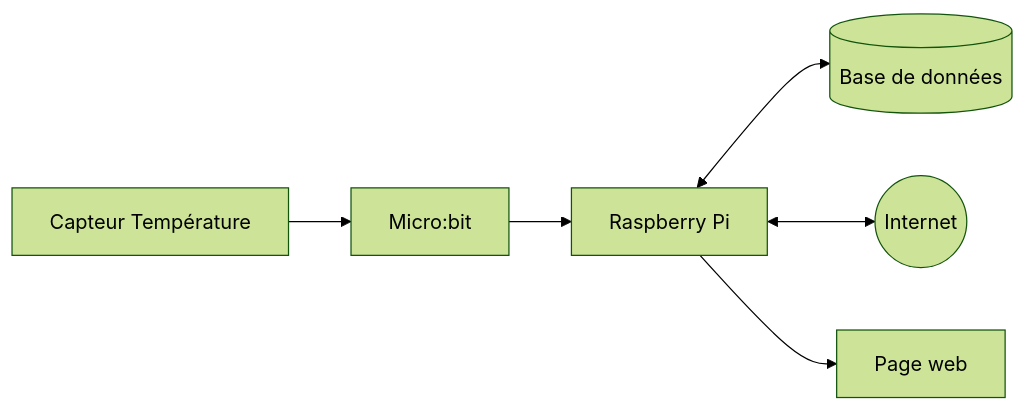
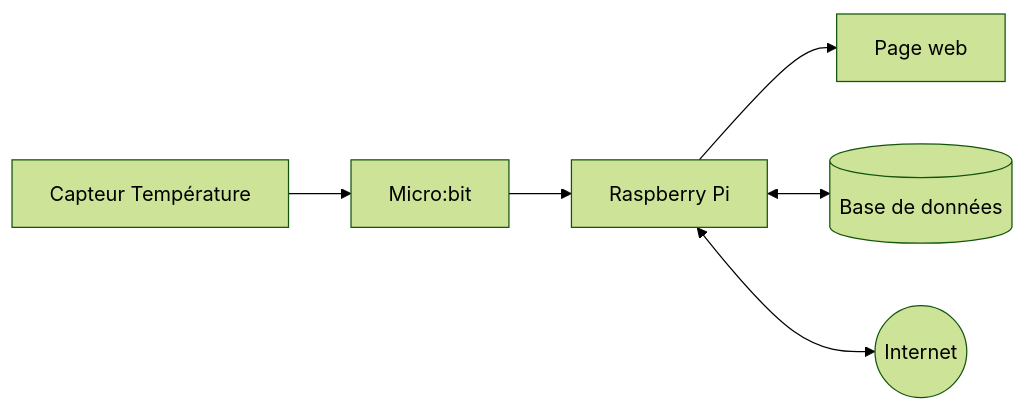
One commit to franck-decaux/tests changed the diagram in synoptique.md. Above: the diagram before and after it, drawn with Mermaid (forest theme).

````diff
--- a/synoptique.md
+++ b/synoptique.md
@@ -1,7 +1,8 @@
 ```mermaid
 flowchart LR
     TempCapteur["Capteur Température"] --> Microbit["Micro:bit"]
     Microbit --> Raspberry["Raspberry Pi"]
-    Raspberry <--> BaseDeDonnees[("Base de données")] & Internet(("Internet"))
     Raspberry --> PageWeb["Page web"]
+    Raspberry <--> BaseDeDonnees[("Base de données")]
+    Raspberry <-->  Internet(("Internet"))
 ```
````
